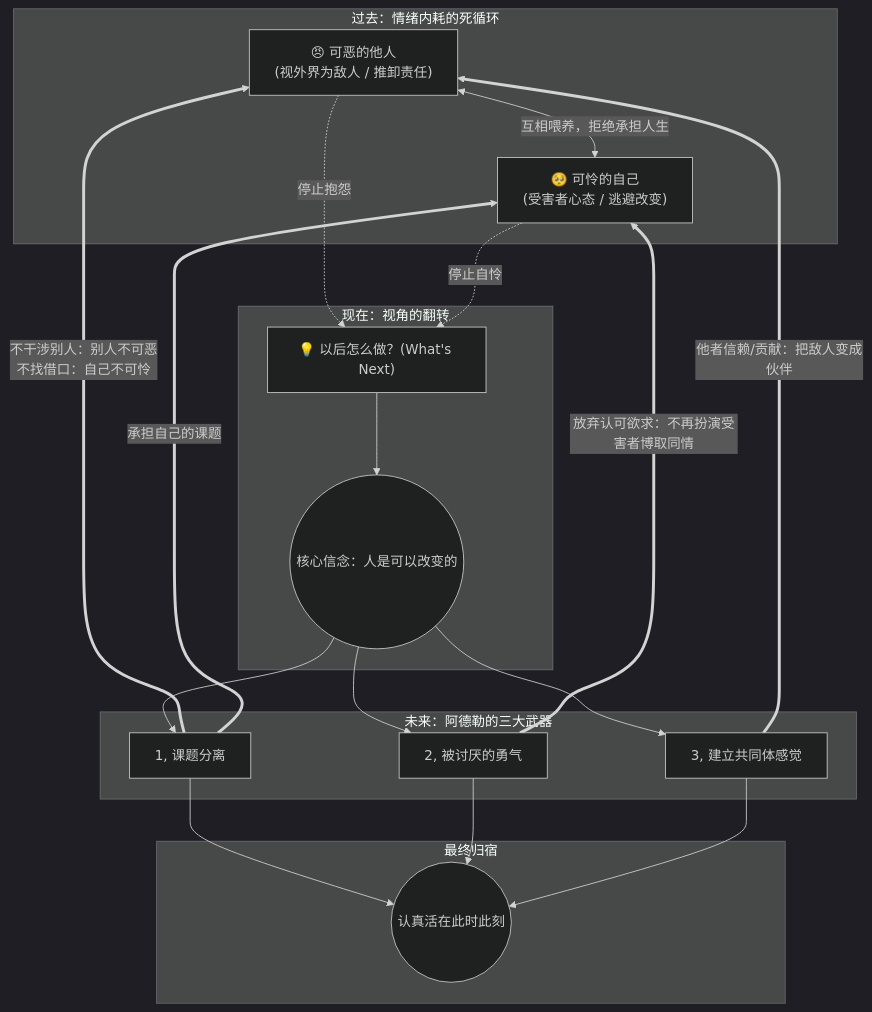
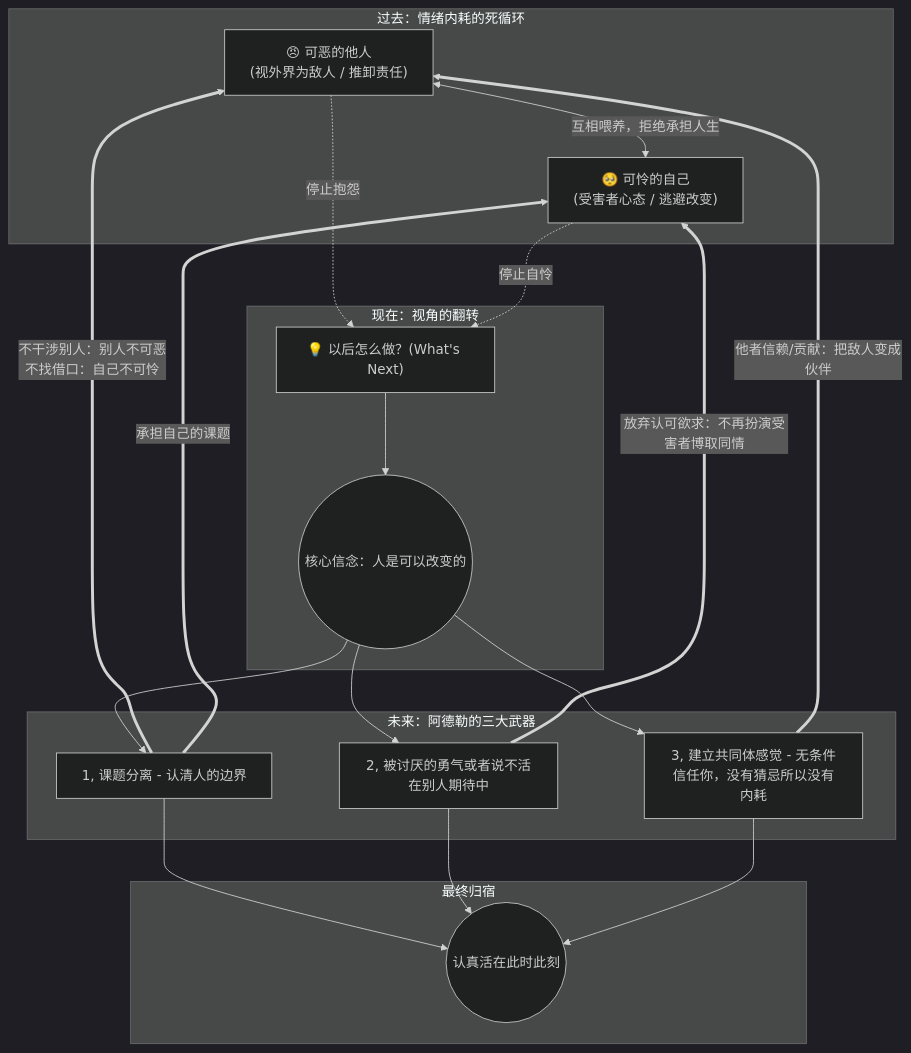
The second of 2 diagrams in 思想思维心理哲学/阅读/被讨厌的勇气/如何改变自己.md (tanghaochen/Ideologie_und_Politik_obsidian), drawn with Mermaid (dark theme) before and after one commit. The commit also changed other lines of this file and 7 other files, not shown here.

````diff
--- a/思想思维心理哲学/阅读/被讨厌的勇气/如何改变自己.md
+++ b/思想思维心理哲学/阅读/被讨厌的勇气/如何改变自己.md
@@ -109,44 +107,44 @@
 ```mermaid
 graph TD
     %% 阶段一：问题状态
     subgraph Stage1 ["过去：情绪内耗的死循环"]
         A["😠 可恶的他人\n(视外界为敌人 / 推卸责任)"]
         B["🥺 可怜的自己\n(受害者心态 / 逃避改变)"]
         A <-->|"互相喂养，拒绝承担人生"| B
     end
 
     %% 阶段二：觉醒枢纽
     subgraph Stage2 ["现在：视角的翻转"]
         C["💡 以后怎么做？(What's Next)"]
         D(("核心信念：人是可以改变的"))
         A -.->|"停止抱怨"| C
         B -.->|"停止自怜"| C
         C --> D
     end
 
     %% 阶段三：解决方案与精准打击
     subgraph Stage3 ["未来：阿德勒的三大武器"]
-        E["1, 课题分离"]
-        F["2, 被讨厌的勇气"]
-        G["3, 建立共同体感觉"]
+        E["1, 课题分离 - 认清人的边界"]
+        F["2, 被讨厌的勇气或者说不活在别人期待中"]
+        G["3, 建立共同体感觉 - 无条件信任你，没有猜忌所以没有内耗"]
         
         D --> E
         D --> F
         D --> G
     end
 
     %% 核心亮点：武器向问题的精准反向拆解 (用户补充的逻辑)
     G ==>|"他者信赖/贡献：把敌人变成伙伴"| A
     E ==>|"不干涉别人：别人不可恶\n不找借口：自己不可怜"| A
     E ==>|"承担自己的课题"| B
     F ==>|"放弃认可欲求：不再扮演受害者博取同情"| B
 
     %% 最终归宿
     subgraph Stage4 ["最终归宿"]
         H(("认真活在此时此刻"))
     end
 
     E --> H
     F --> H
     G --> H
 ```
````
